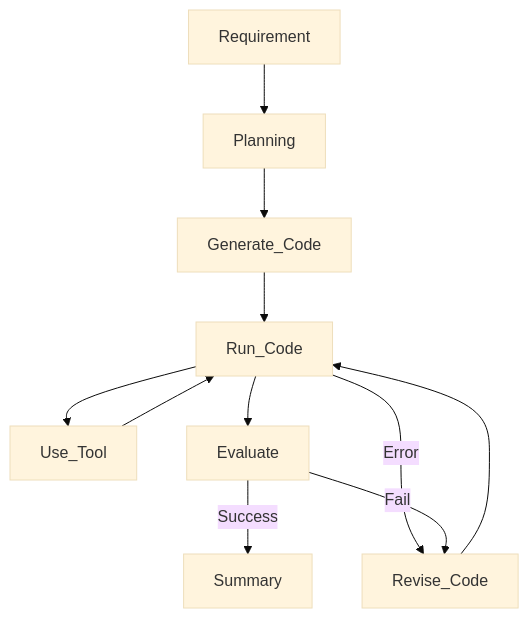
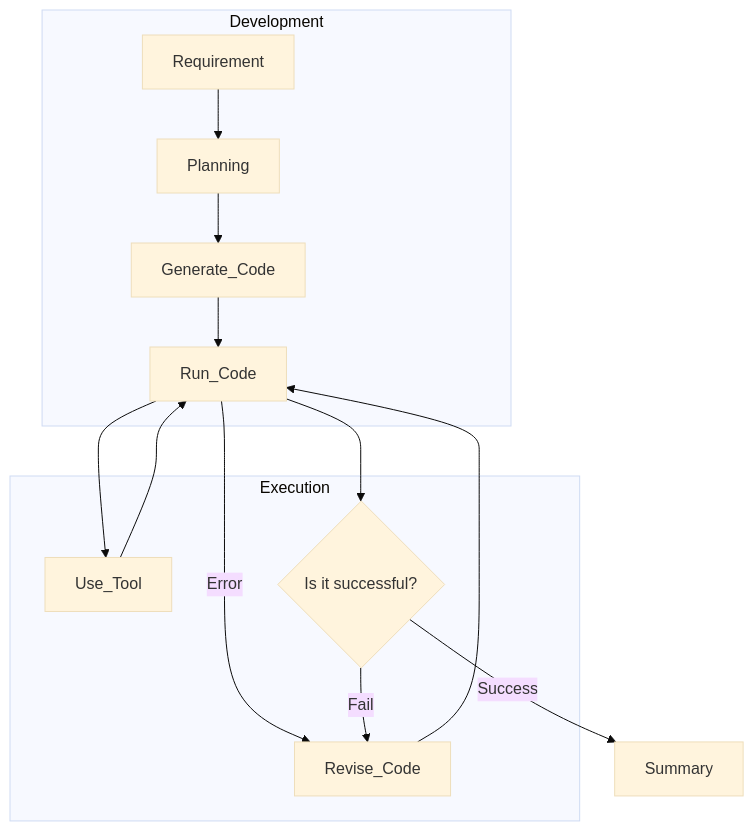
One commit to yingkitw/watsonx-agentic changed the diagram in README.md. Above: the diagram before and after it, drawn with Mermaid (base theme).

````diff
--- a/README.md
+++ b/README.md
@@ -25,13 +25,20 @@
 ```mermaid
 graph TD
-    Requirement --> Planning
-    Planning --> Generate_Code
-    Generate_Code --> Run_Code
-    Run_Code --> Use_Tool
-    Use_Tool --> Run_Code
-    Run_Code --> Evaluate
-    Run_Code --> |Error| Revise_Code
+    subgraph Development
+        Requirement --> Planning
+        Planning --> Generate_Code
+        Generate_Code --> Run_Code
+    end
+
+    subgraph Execution
+        Run_Code --> Use_Tool
+        Use_Tool --> Run_Code
+        Run_Code --> Evaluate
+        Run_Code --> |Error| Revise_Code
+    end
+
+    Evaluate{Is it successful?}
     Evaluate -->|Success| Summary
     Evaluate -->|Fail| Revise_Code
     Revise_Code --> Run_Code
 ```
````
